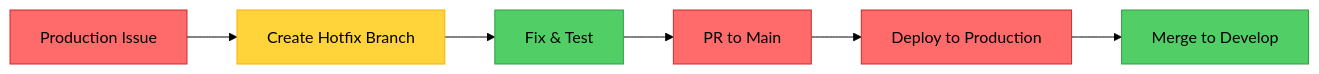
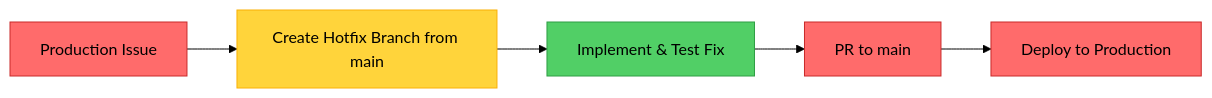
The second of 2 diagrams in docs/git-workflow.md (etrusk/moodovermuscle), drawn with Mermaid (forest theme) before and after one commit. The commit also changed other lines of this file and 1 other file, not shown here.

````diff
--- a/docs/git-workflow.md
+++ b/docs/git-workflow.md
@@ -319,15 +223,13 @@
 ```mermaid
 graph LR
-    A[Production Issue] --> B[Create Hotfix Branch]
-    B --> C[Fix & Test]
-    C --> D[PR to Main]
+    A[Production Issue] --> B[Create Hotfix Branch from main]
+    B --> C[Implement & Test Fix]
+    C --> D[PR to main]
     D --> E[Deploy to Production]
-    E --> F[Merge to Develop]
     
     style A fill:#ff6b6b,stroke:#c92a2a
     style B fill:#ffd43b,stroke:#fab005
     style C fill:#51cf66,stroke:#2f9e44
     style D fill:#ff6b6b,stroke:#c92a2a
     style E fill:#ff6b6b,stroke:#c92a2a
-    style F fill:#51cf66,stroke:#2f9e44
 ```
````
